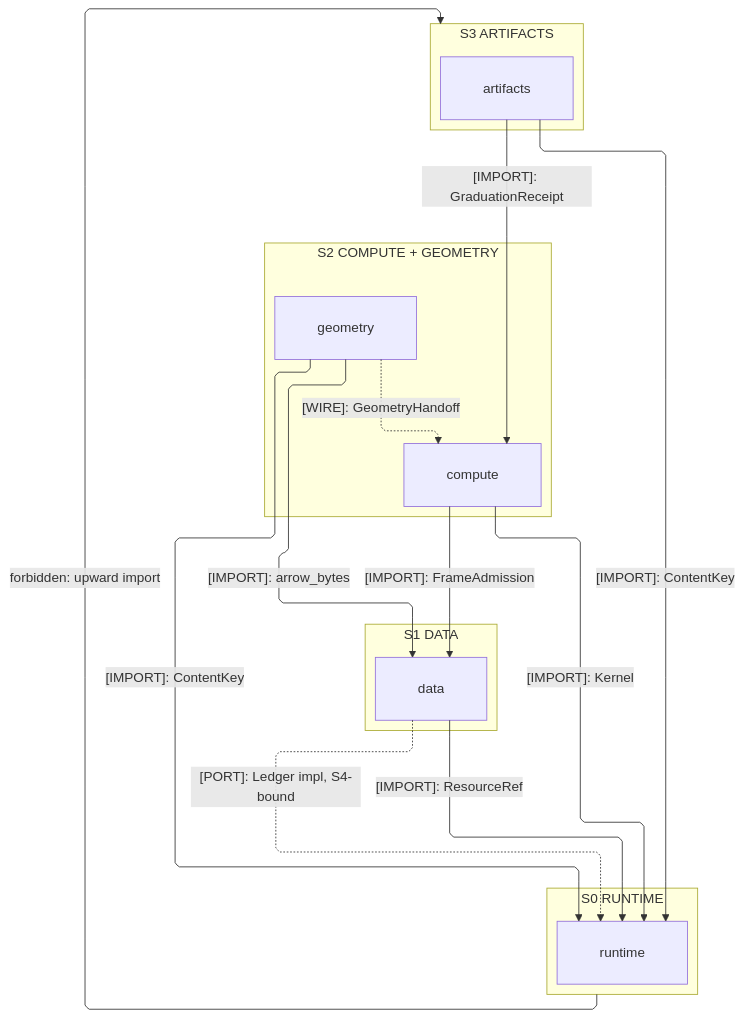
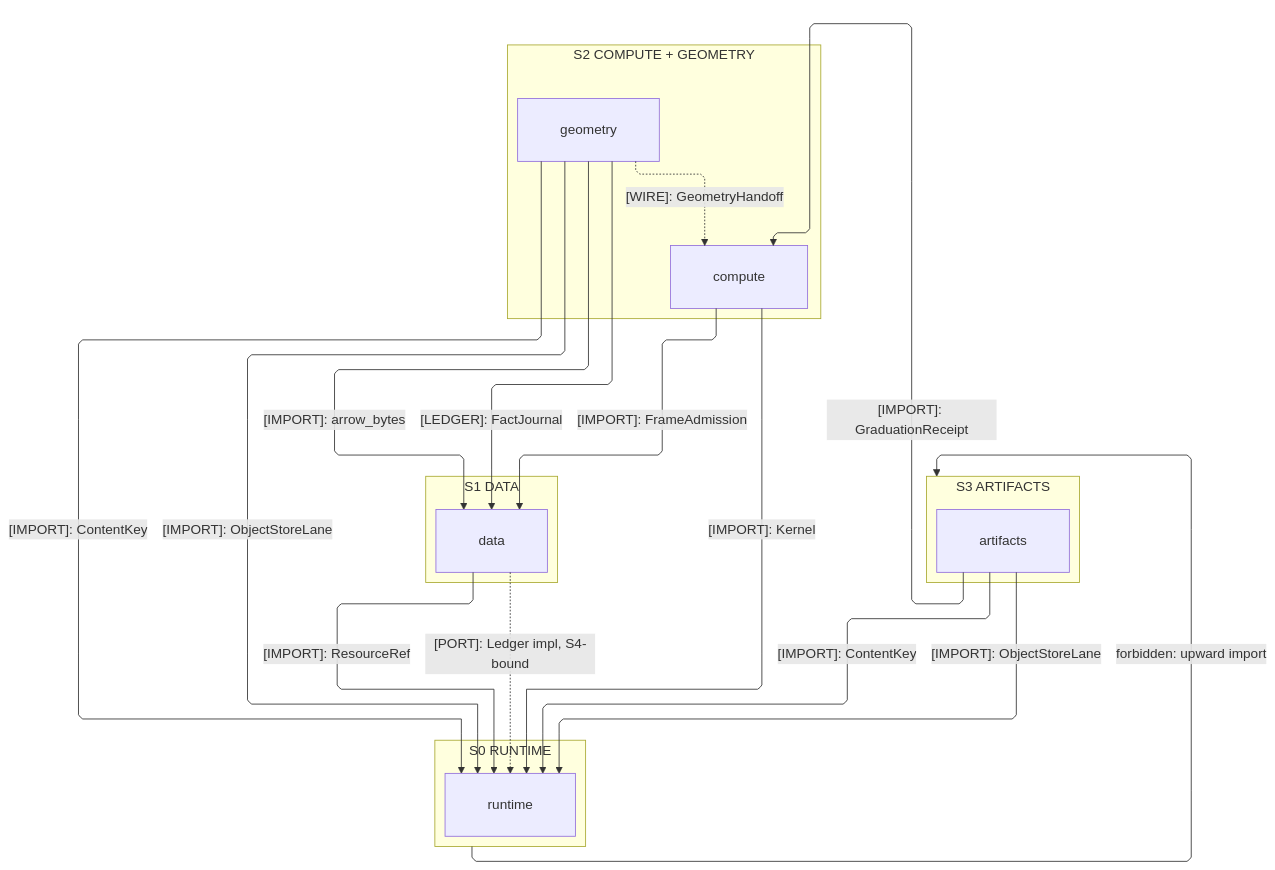
The first of 4 diagrams in libs/python/.planning/ARCHITECTURE.md (bsamiee/Rasm), drawn with Mermaid before and after one commit. The commit also changed other lines of this file and 108 other files, not shown here.

Commit message:
Land the coldpass doc-set deltas across README, ARCHITECTURE, RULINGS, IDEAS, and TASKLOG files

````diff
--- a/libs/python/.planning/ARCHITECTURE.md
+++ b/libs/python/.planning/ARCHITECTURE.md
@@ -28,36 +29,39 @@
 ```mermaid
 ---
 config:
   layout: elk
   flowchart:
     curve: linear
     padding: 25
 ---
 flowchart TB
     accTitle: Python branch import strata
     accDescr: Four import strata from artifacts down to the runtime foundation; solid labeled edges name one imported surface, and dashed edges carry the graduation wire beside the Ledger implementation data supplies and the S4 root binds into runtime.
     subgraph S3["S3 ARTIFACTS"]
         Artifacts[artifacts]
     end
     subgraph S2["S2 COMPUTE + GEOMETRY"]
         Compute[compute]
         Geometry[geometry]
     end
     subgraph S1["S1 DATA"]
         Data[data]
     end
     subgraph S0["S0 RUNTIME"]
         Runtime[runtime]
     end
     Artifacts e1@-->|"[IMPORT]: GraduationReceipt"| Compute
     Compute e2@-->|"[IMPORT]: FrameAdmission"| Data
     Geometry e3@-->|"[IMPORT]: arrow_bytes"| Data
     Geometry e4@-.->|"[WIRE]: GeometryHandoff"| Compute
     Data e5@-->|"[IMPORT]: ResourceRef"| Runtime
     Geometry e6@-->|"[IMPORT]: ContentKey"| Runtime
     Compute e7@-->|"[IMPORT]: Kernel"| Runtime
     Artifacts e8@-->|"[IMPORT]: ContentKey"| Runtime
+    Artifacts e11@-->|"[IMPORT]: ObjectStoreLane"| Runtime
+    Geometry e12@-->|"[IMPORT]: ObjectStoreLane"| Runtime
+    Geometry e13@-->|"[LEDGER]: FactJournal"| Data
     Data e10@-.->|"[PORT]: Ledger impl, S4-bound"| Runtime
     Artifacts ~~~ Compute
     S0 e9@-->|"forbidden: upward import"| S3
 ```
````
